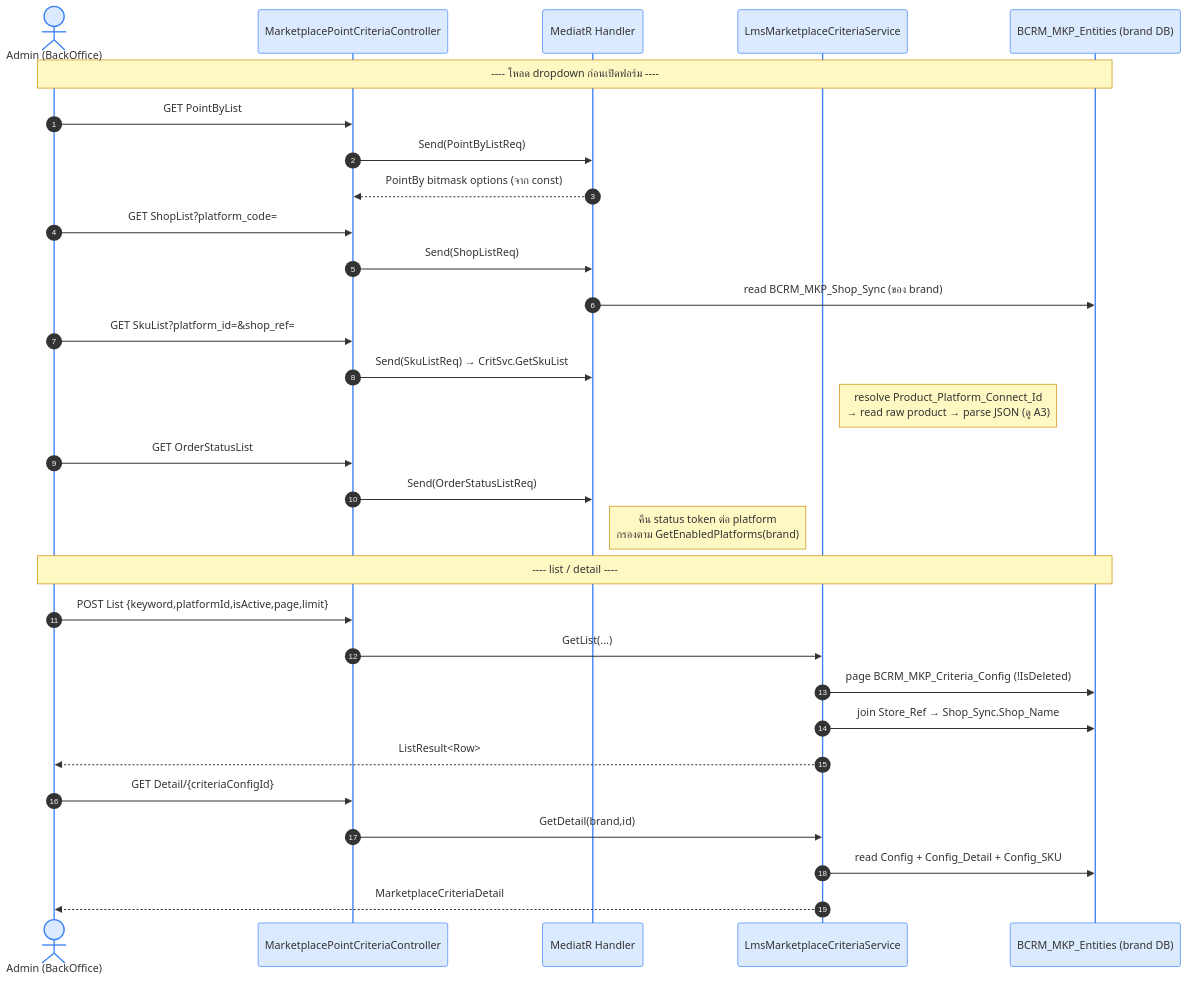
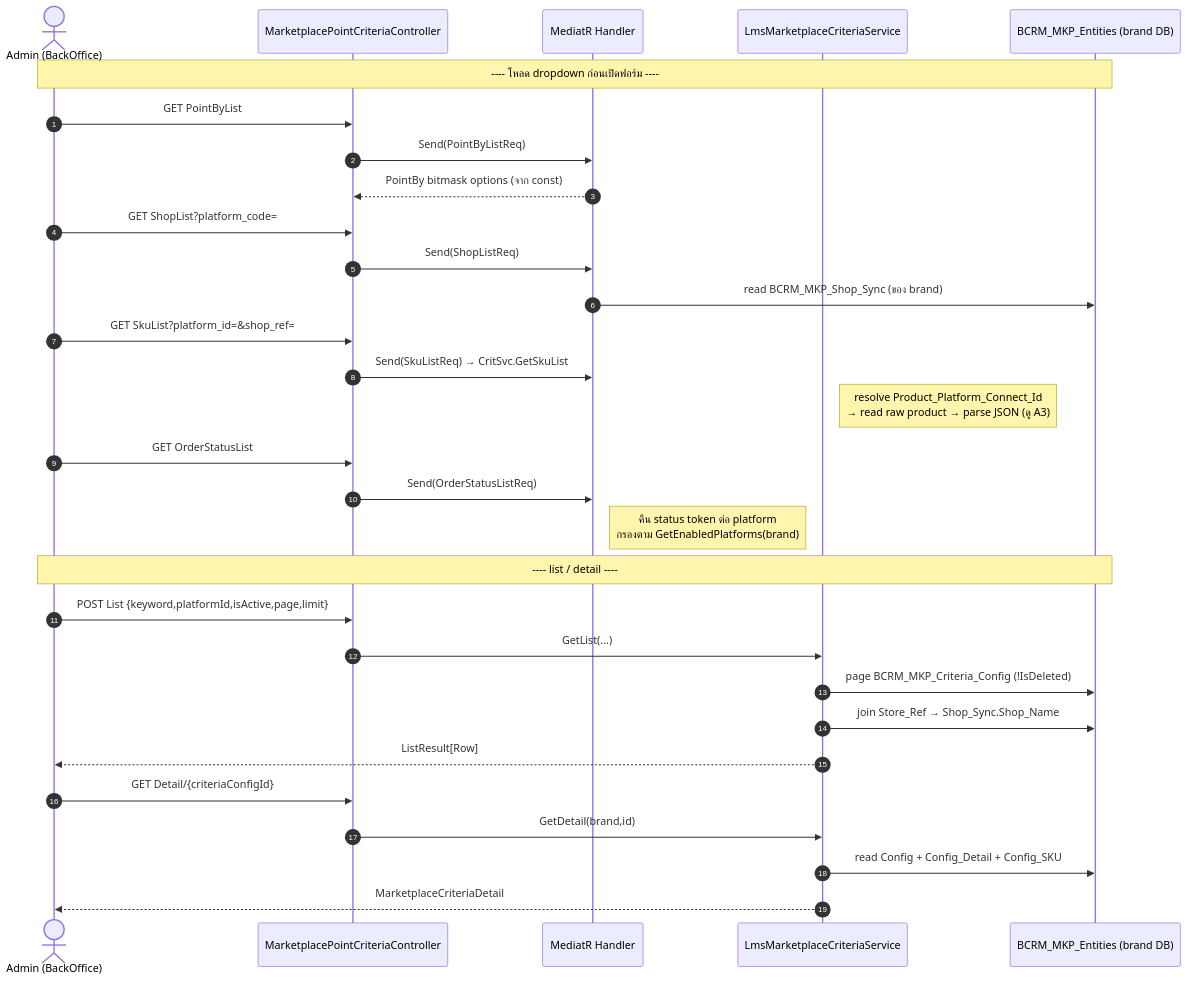
One commit to paothanapon-chococrm/obs-chococrm-me changed the first of 5 diagrams in content/Work Currenry/Marketplace-Sequence-Diagrams.md. Above: the diagram before and after it, drawn with Mermaid. The commit also changed other lines of this file, not shown here.

First line of the commit message:
fix mermaid: stray angle brackets + light-only colors

````diff
--- a/content/Work Currenry/Marketplace-Sequence-Diagrams.md
+++ b/content/Work Currenry/Marketplace-Sequence-Diagrams.md
@@ -46,35 +46,34 @@
 ```mermaid
-%%{init: {'theme':'base', 'themeVariables': {'actorBkg':'#DBEAFE','actorBorder':'#3B82F6','noteBkgColor':'#FEF9C3','noteBorderColor':'#CA8A04','altBackground':'#F1F5F9'}}}%%
 sequenceDiagram
     autonumber
     actor AD as Admin (BackOffice)
     participant CritCtrl as MarketplacePointCriteriaController
     participant CritHdlr as MediatR Handler
     participant CritSvc as LmsMarketplaceCriteriaService
     participant MKPDB as BCRM_MKP_Entities (brand DB)
 
     Note over AD,MKPDB: ---- โหลด dropdown ก่อนเปิดฟอร์ม ----
     AD->>CritCtrl: GET PointByList
     CritCtrl->>CritHdlr: Send(PointByListReq)
     CritHdlr-->>CritCtrl: PointBy bitmask options (จาก const)
     AD->>CritCtrl: GET ShopList?platform_code=
     CritCtrl->>CritHdlr: Send(ShopListReq)
     CritHdlr->>MKPDB: read BCRM_MKP_Shop_Sync (ของ brand)
     AD->>CritCtrl: GET SkuList?platform_id=&shop_ref=
     CritCtrl->>CritHdlr: Send(SkuListReq) → CritSvc.GetSkuList
     Note right of CritSvc: resolve Product_Platform_Connect_Id<br/>→ read raw product → parse JSON (ดู A3)
     AD->>CritCtrl: GET OrderStatusList
     CritCtrl->>CritHdlr: Send(OrderStatusListReq)
     Note right of CritHdlr: คืน status token ต่อ platform<br/>กรองตาม GetEnabledPlatforms(brand)
 
     Note over AD,MKPDB: ---- list / detail ----
     AD->>CritCtrl: POST List {keyword,platformId,isActive,page,limit}
     CritCtrl->>CritSvc: GetList(...)
     CritSvc->>MKPDB: page BCRM_MKP_Criteria_Config (!IsDeleted)
     CritSvc->>MKPDB: join Store_Ref → Shop_Sync.Shop_Name
-    CritSvc-->>AD: ListResult<Row>
+    CritSvc-->>AD: ListResult[Row]
     AD->>CritCtrl: GET Detail/{criteriaConfigId}
     CritCtrl->>CritSvc: GetDetail(brand,id)
     CritSvc->>MKPDB: read Config + Config_Detail + Config_SKU
     CritSvc-->>AD: MarketplaceCriteriaDetail
 ```
````
